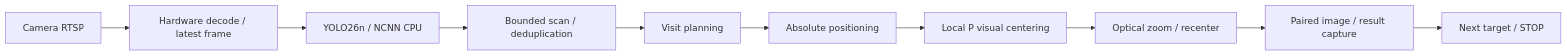
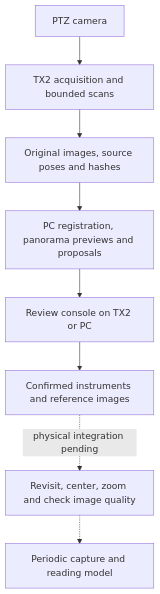
The diagram in README.en.md (moonnnei/jetson-ptz-inspection), drawn with Mermaid before and after one commit. The commit also changed other lines of this file and 60 other files, not shown here.

Commit message:
Add panorama review and persistent instrument registry

````diff
--- a/README.en.md
+++ b/README.en.md
@@ -29,12 +48,10 @@
 ```mermaid
-flowchart LR
-    A[Camera RTSP] --> B[Hardware decode / latest frame]
-    B --> C[YOLO26n / NCNN CPU]
-    C --> D[Bounded scan / deduplication]
-    D --> E[Visit planning]
-    E --> F[Absolute positioning]
-    F --> G[Local P visual centering]
-    G --> H[Optical zoom / recenter]
-    H --> I[Paired image / result capture]
-    I --> J[Next target / STOP]
+flowchart TD
+    A[PTZ camera] --> B[TX2 acquisition and bounded scans]
+    B --> C[Original images, source poses and hashes]
+    C --> D[PC registration, panorama previews and proposals]
+    D --> E[Review console on TX2 or PC]
+    E --> F[Confirmed instruments and reference images]
+    F -.physical integration pending.-> G[Revisit, center, zoom and check image quality]
+    G -.-> H[Periodic capture and reading model]
 ```
````
